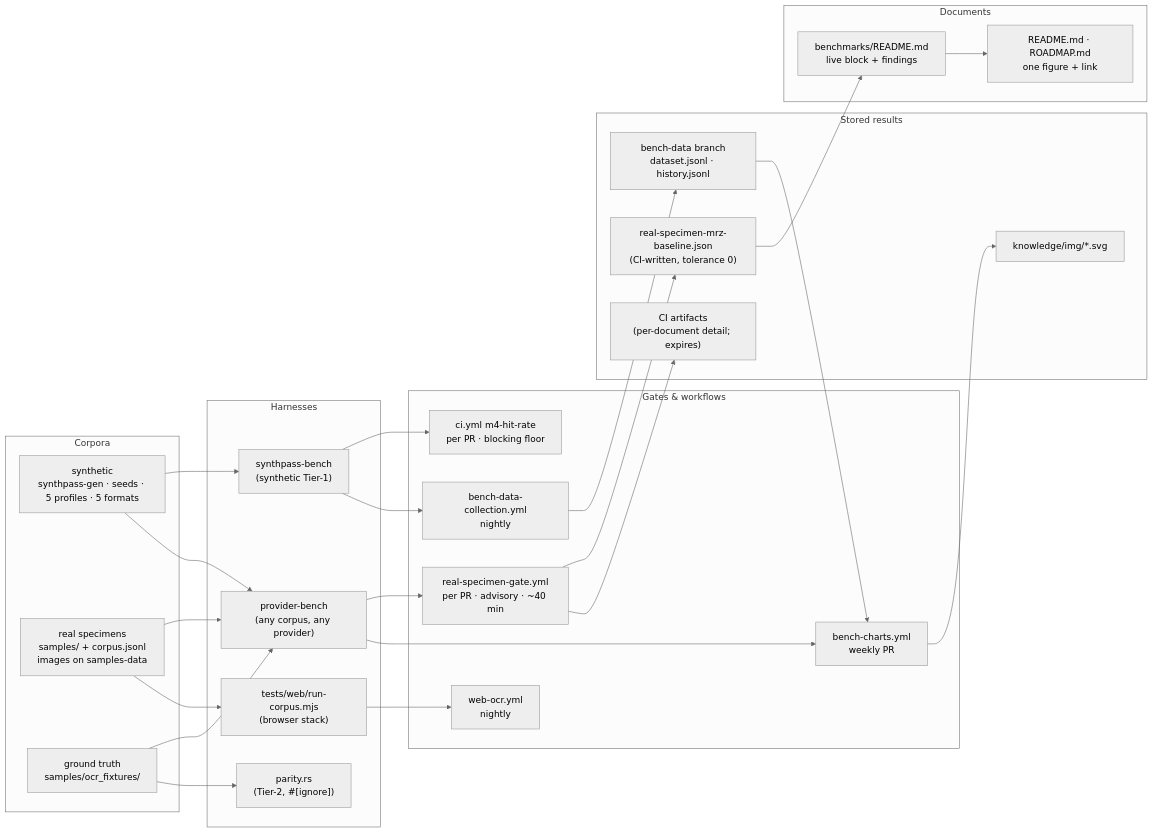
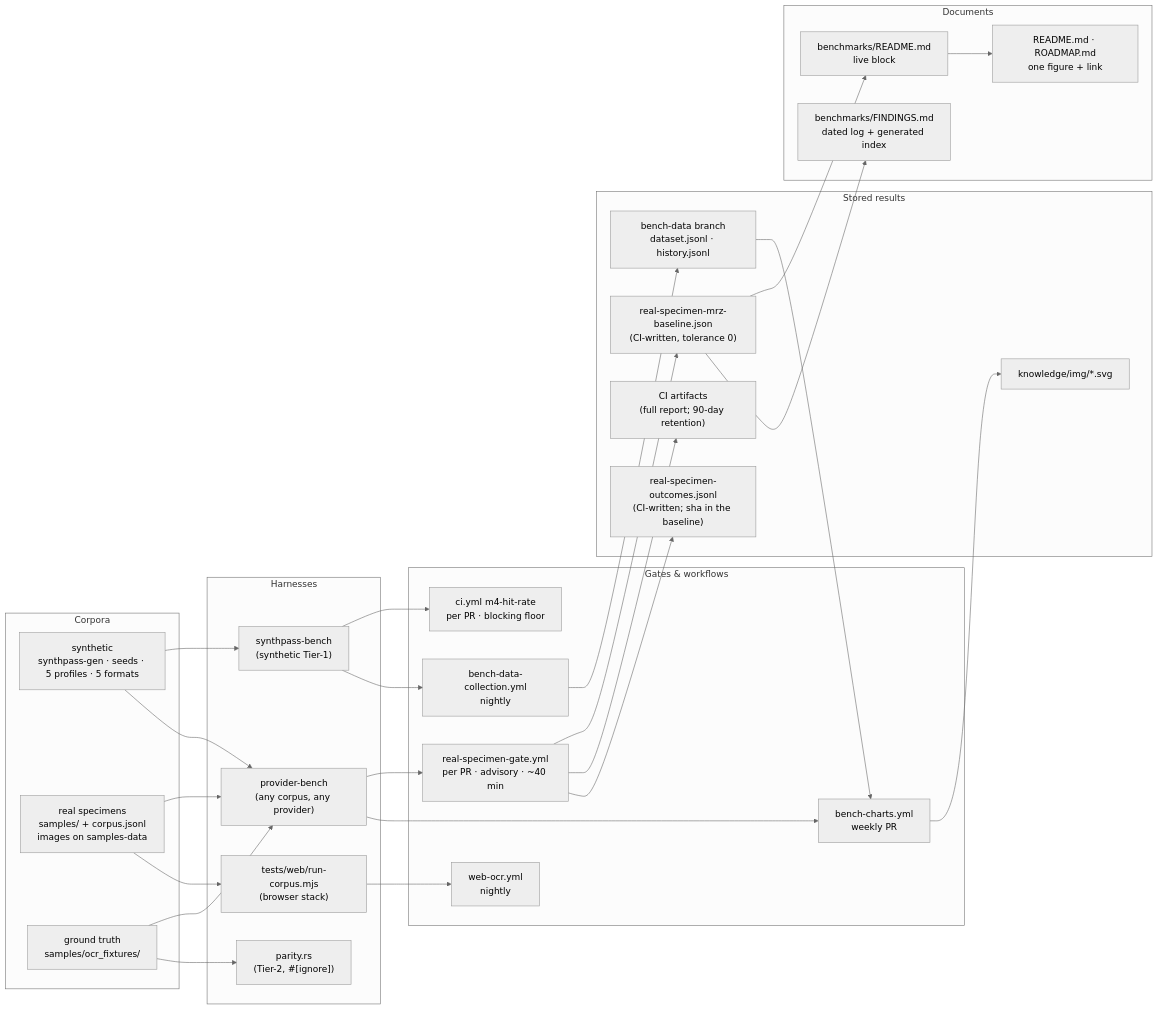
One commit to ruledicaprio/SynthPass changed the diagram in knowledge/benchmarks/PIPELINE.md. Above: the diagram before and after it, drawn with Mermaid (neutral theme). The commit also changed other lines of this file and 1 other file, not shown here.

````diff
--- a/knowledge/benchmarks/PIPELINE.md
+++ b/knowledge/benchmarks/PIPELINE.md
@@ -22,40 +22,44 @@
 ```mermaid
 flowchart LR
     subgraph corpora["Corpora"]
         SYN["synthetic<br/>synthpass-gen · seeds · 5 profiles · 5 formats"]
         REAL["real specimens<br/>samples/ + corpus.jsonl<br/>images on samples-data"]
         GT["ground truth<br/>samples/ocr_fixtures/"]
     end
     subgraph harness["Harnesses"]
         SB["synthpass-bench<br/>(synthetic Tier-1)"]
         PB["provider-bench<br/>(any corpus, any provider)"]
         PAR["parity.rs<br/>(Tier-2, #[ignore])"]
         WEB["tests/web/run-corpus.mjs<br/>(browser stack)"]
     end
     subgraph gates["Gates & workflows"]
         M4["ci.yml m4-hit-rate<br/>per PR · blocking floor"]
         RSG["real-specimen-gate.yml<br/>per PR · advisory · ~40 min"]
         BDC["bench-data-collection.yml<br/>nightly"]
         BCH["bench-charts.yml<br/>weekly PR"]
         WO["web-ocr.yml<br/>nightly"]
     end
     subgraph stored["Stored results"]
         BASE["real-specimen-mrz-baseline.json<br/>(CI-written, tolerance 0)"]
         BD["bench-data branch<br/>dataset.jsonl · history.jsonl"]
         IMG["knowledge/img/*.svg"]
-        ART["CI artifacts<br/>(per-document detail; expires)"]
+        LED["real-specimen-outcomes.jsonl<br/>(CI-written; sha in the baseline)"]
+        ART["CI artifacts<br/>(full report; 90-day retention)"]
     end
     subgraph docs["Documents"]
-        LIVE["benchmarks/README.md<br/>live block + findings"]
+        LIVE["benchmarks/README.md<br/>live block"]
+        FIND["benchmarks/FINDINGS.md<br/>dated log + generated index"]
         ONE["README.md · ROADMAP.md<br/>one figure + link"]
     end
     SYN --> SB --> M4
     SYN --> PB
     REAL --> PB --> RSG --> BASE --> LIVE --> ONE
     GT --> PB
     GT --> PAR
     REAL --> WEB --> WO
     SB --> BDC --> BD --> BCH --> IMG
     PB --> BCH
     RSG --> ART
+    RSG --> LED
+    BASE --> FIND
 ```
````
